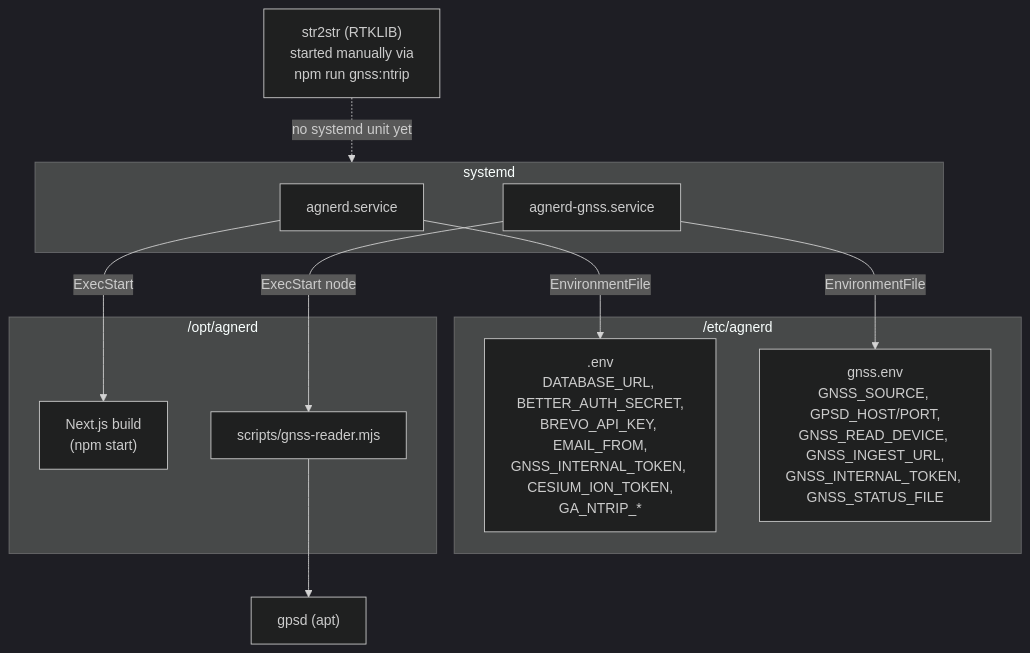
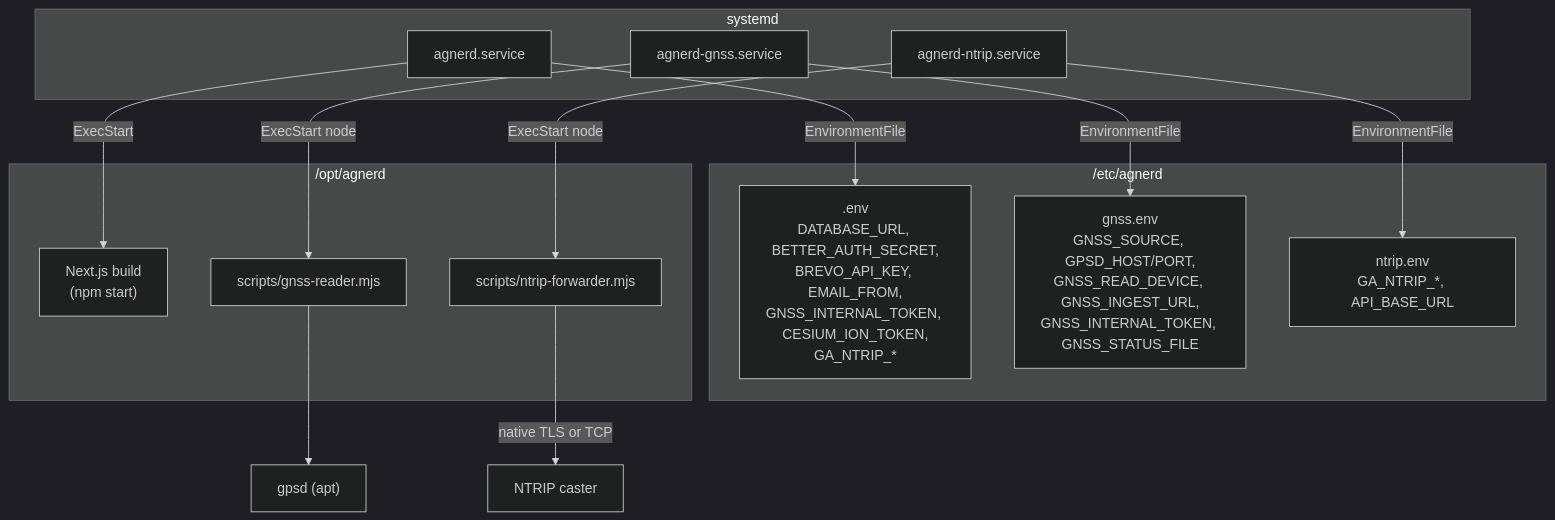
Before and after one commit to DavidHenryM/AgNerd: the second of 8 diagrams in doc/architecture.md, drawn with Mermaid (dark theme). The commit also changed other lines of this file and 9 other files, not shown here.

Commit message:
reworked ntrip forwarder to use node

````diff
--- a/doc/architecture.md
+++ b/doc/architecture.md
@@ -52,27 +52,31 @@
 ```mermaid
 flowchart TB
     subgraph etc["/etc/agnerd"]
         appEnv[".env<br/>DATABASE_URL, BETTER_AUTH_SECRET,<br/>BREVO_API_KEY, EMAIL_FROM,<br/>GNSS_INTERNAL_TOKEN, CESIUM_ION_TOKEN,<br/>GA_NTRIP_*"]
         gnssEnv["gnss.env<br/>GNSS_SOURCE, GPSD_HOST/PORT,<br/>GNSS_READ_DEVICE, GNSS_INGEST_URL,<br/>GNSS_INTERNAL_TOKEN, GNSS_STATUS_FILE"]
+        ntripEnv["ntrip.env<br/>GA_NTRIP_*, API_BASE_URL"]
     end
 
     subgraph opt["/opt/agnerd"]
         build["Next.js build<br/>(npm start)"]
         readerScript["scripts/gnss-reader.mjs"]
+        ntripScript["scripts/ntrip-forwarder.mjs"]
     end
 
     subgraph systemd["systemd"]
         svcApp["agnerd.service"]
         svcGnss["agnerd-gnss.service"]
+        svcNtrip["agnerd-ntrip.service"]
     end
 
     gpsdSvc["gpsd (apt)"]
-    str2str["str2str (RTKLIB)<br/>started manually via<br/>npm run gnss:ntrip"]
-
     svcApp -- "EnvironmentFile" --> appEnv
     svcApp -- "ExecStart" --> build
     svcGnss -- "EnvironmentFile" --> gnssEnv
     svcGnss -- "ExecStart node" --> readerScript
+    svcNtrip -- "EnvironmentFile" --> ntripEnv
+    svcNtrip -- "ExecStart node" --> ntripScript
     readerScript --> gpsdSvc
-    str2str -. "no systemd unit yet" .-> systemd
+    ntripScript -- "native TLS or TCP" --> caster
+    caster["NTRIP caster"]
 ```
````
